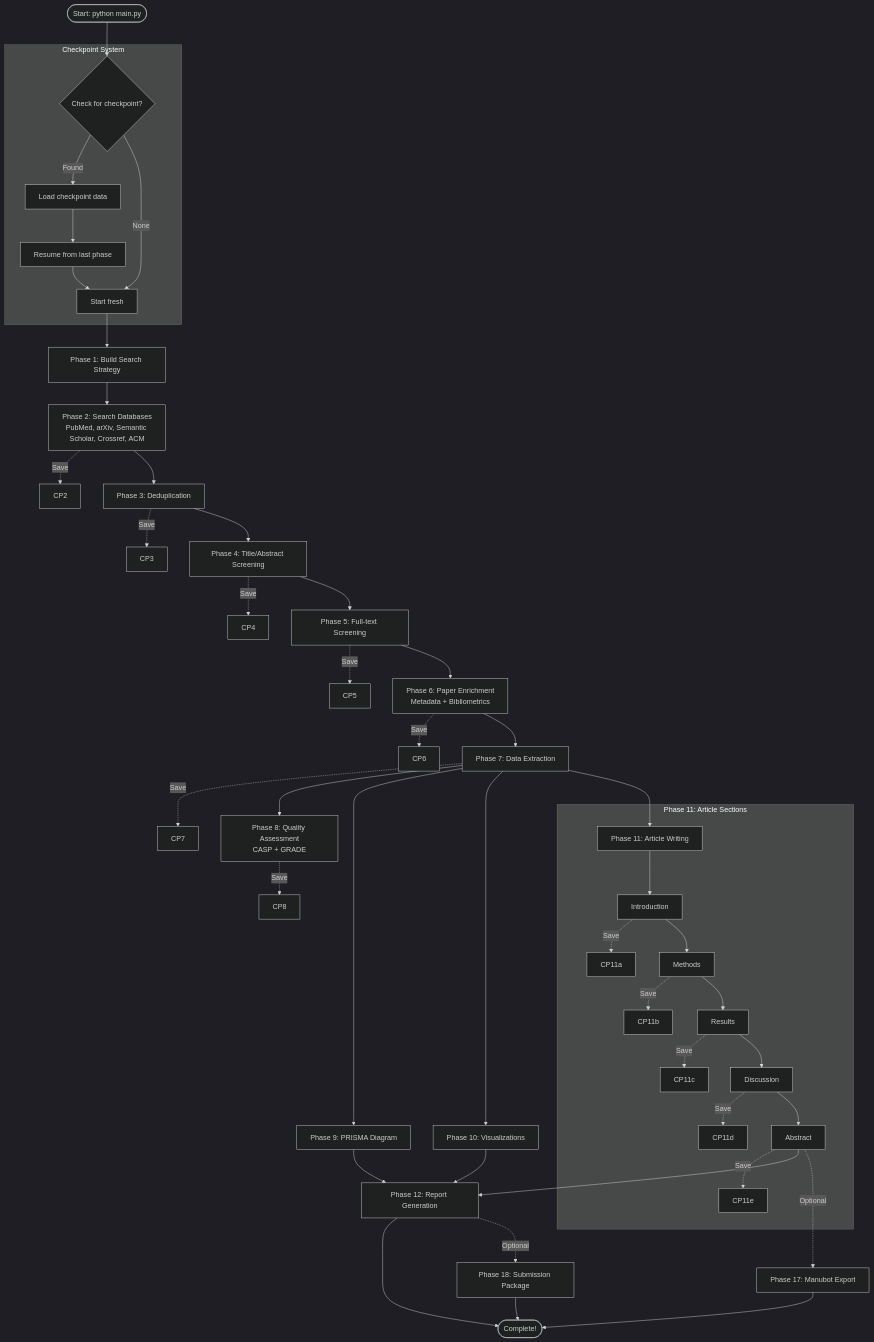
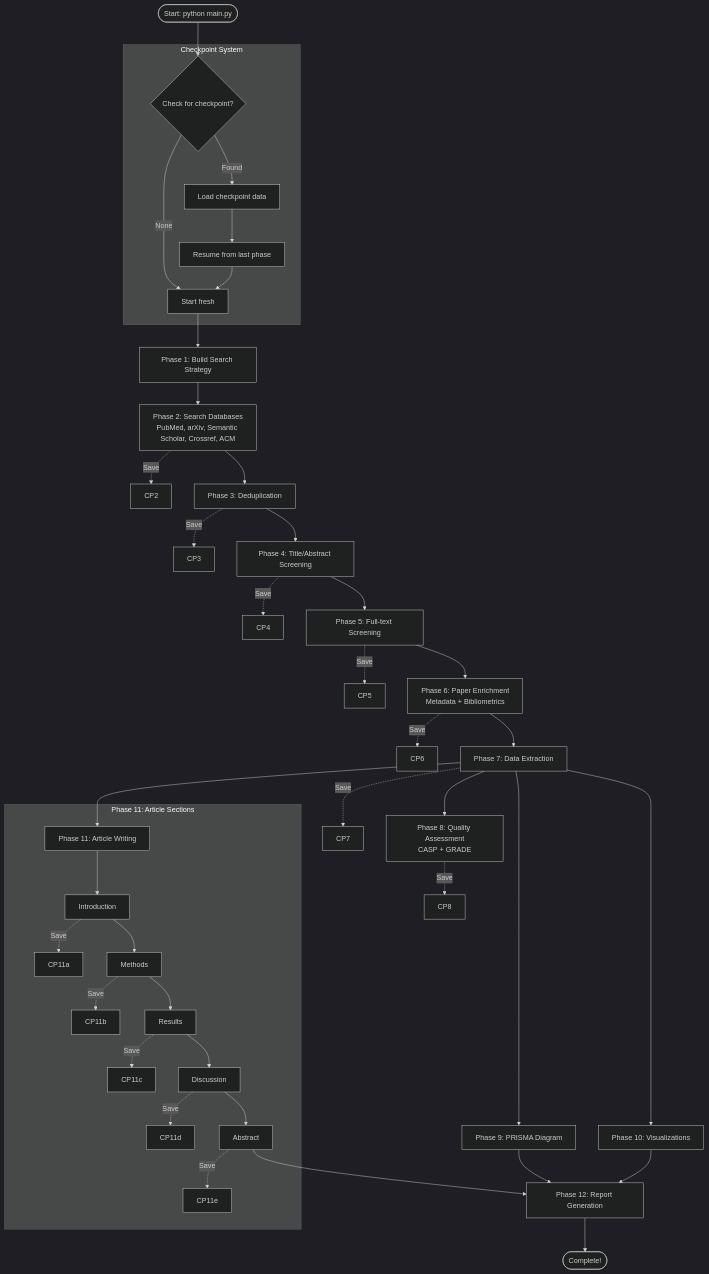
Before and after one commit to parthchandak02/literature-review-assistant: the diagram in README.md, drawn with Mermaid (dark theme). The commit also changed other lines of this file, not shown here.

First line of the commit message:
Update README: Remove export/submission pipeline references

````diff
--- a/README.md
+++ b/README.md
@@ -185,56 +181,51 @@
 ```mermaid
 flowchart TD
     Start([Start: python main.py]) --> CheckpointCheck{Check for checkpoint?}
     
     subgraph CheckpointSys["Checkpoint System"]
         CheckpointCheck -->|Found| LoadCP[Load checkpoint data]
         CheckpointCheck -->|None| Fresh[Start fresh]
         LoadCP --> Resume[Resume from last phase]
         Resume --> Fresh
     end
     
     Fresh --> P1["Phase 1: Build Search Strategy"]
     P1 --> P2["Phase 2: Search Databases<br/>PubMed, arXiv, Semantic Scholar, Crossref, ACM"]
     P2 -.->|Save| CP2[CP2]
     P2 --> P3["Phase 3: Deduplication"]
     P3 -.->|Save| CP3[CP3]
     P3 --> P4["Phase 4: Title/Abstract Screening"]
     P4 -.->|Save| CP4[CP4]
     P4 --> P5["Phase 5: Full-text Screening"]
     P5 -.->|Save| CP5[CP5]
     P5 --> P6["Phase 6: Paper Enrichment<br/>Metadata + Bibliometrics"]
     P6 -.->|Save| CP6[CP6]
     P6 --> P7["Phase 7: Data Extraction"]
     P7 -.->|Save| CP7[CP7]
     
     P7 --> P8["Phase 8: Quality Assessment<br/>CASP + GRADE"]
     P7 --> P9["Phase 9: PRISMA Diagram"]
     P7 --> P10["Phase 10: Visualizations"]
     P7 --> P11Start["Phase 11: Article Writing"]
     
     P8 -.->|Save| CP8[CP8]
     
     subgraph P11["Phase 11: Article Sections"]
         P11Start --> Intro[Introduction]
         Intro -.->|Save| CP11a[CP11a]
         Intro --> Meth[Methods]
         Meth -.->|Save| CP11b[CP11b]
         Meth --> Res[Results]
         Res -.->|Save| CP11c[CP11c]
         Res --> Disc[Discussion]
         Disc -.->|Save| CP11d[CP11d]
         Disc --> Abs[Abstract]
         Abs -.->|Save| CP11e[CP11e]
     end
     
     P9 --> P12["Phase 12: Report Generation"]
     P10 --> P12
     Abs --> P12
     
     P12 --> Done([Complete!])
-    
-    Abs -.->|Optional| P17["Phase 17: Manubot Export"]
-    P12 -.->|Optional| P18["Phase 18: Submission Package"]
-    P17 --> Done
-    P18 --> Done
 ```
````
